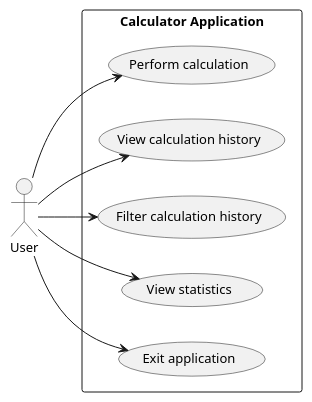
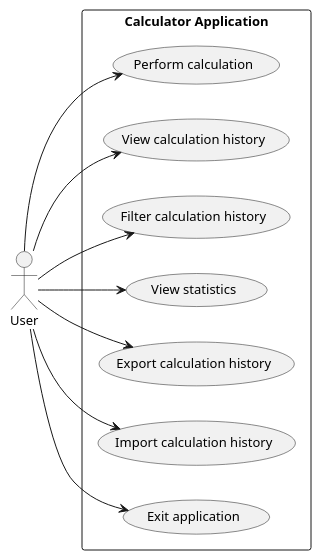
Before and after one commit to DanielRiha8906/Software_autoevolution_using_agents: the diagram in experiments/pipeline/user_stories/calculator/artifacts/use_case_diagram.puml, drawn with PlantUML. The commit also changed 14 other files, not shown here.

```diff
--- a/experiments/pipeline/user_stories/calculator/artifacts/use_case_diagram.puml
+++ b/experiments/pipeline/user_stories/calculator/artifacts/use_case_diagram.puml
@@ -1,24 +1,28 @@
 @startuml use_case_diagram
 
 skinparam defaultFontSize 13
 
 left to right direction
 
 actor User
 
 rectangle "Calculator Application" {
     usecase "Perform calculation" as UC_Calc
     usecase "View calculation history" as UC_History
     usecase "Filter calculation history" as UC_Filter
     usecase "View statistics" as UC_Stats
+    usecase "Export calculation history" as UC_Export
+    usecase "Import calculation history" as UC_Import
     usecase "Exit application" as UC_Exit
 
 }
 
 User --> UC_Calc
 User --> UC_History
 User --> UC_Filter
 User --> UC_Stats
+User --> UC_Export
+User --> UC_Import
 User --> UC_Exit
 
 @enduml
```
